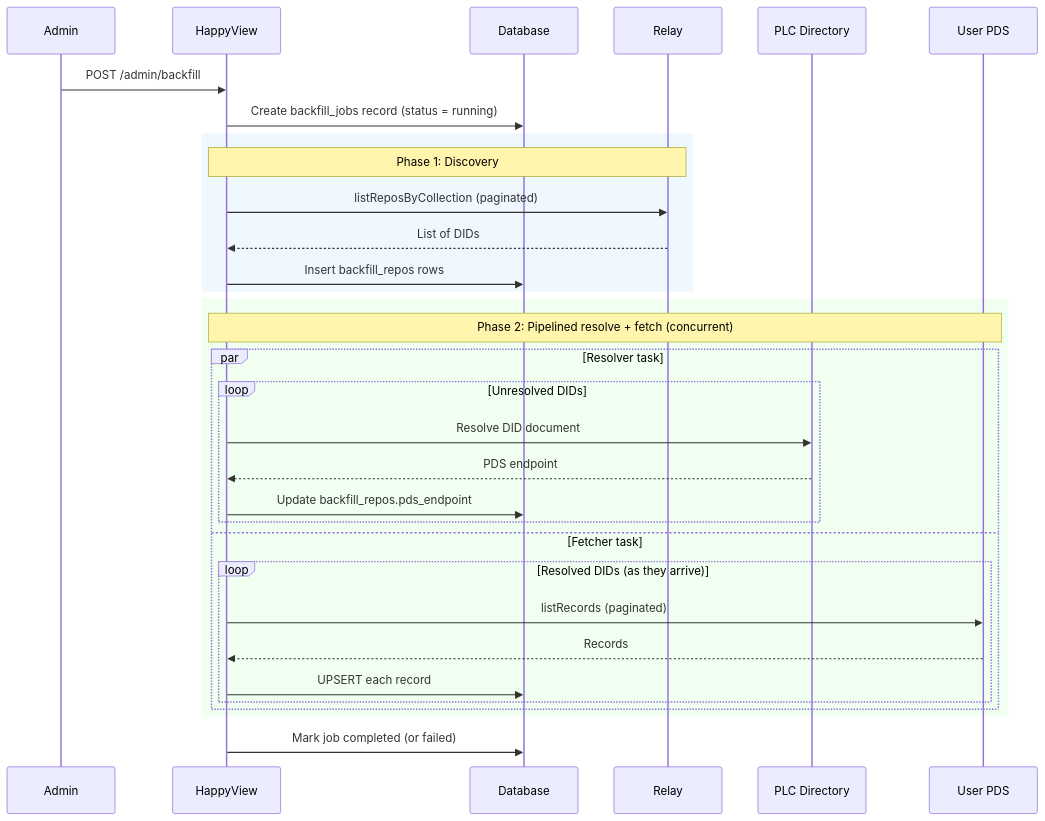
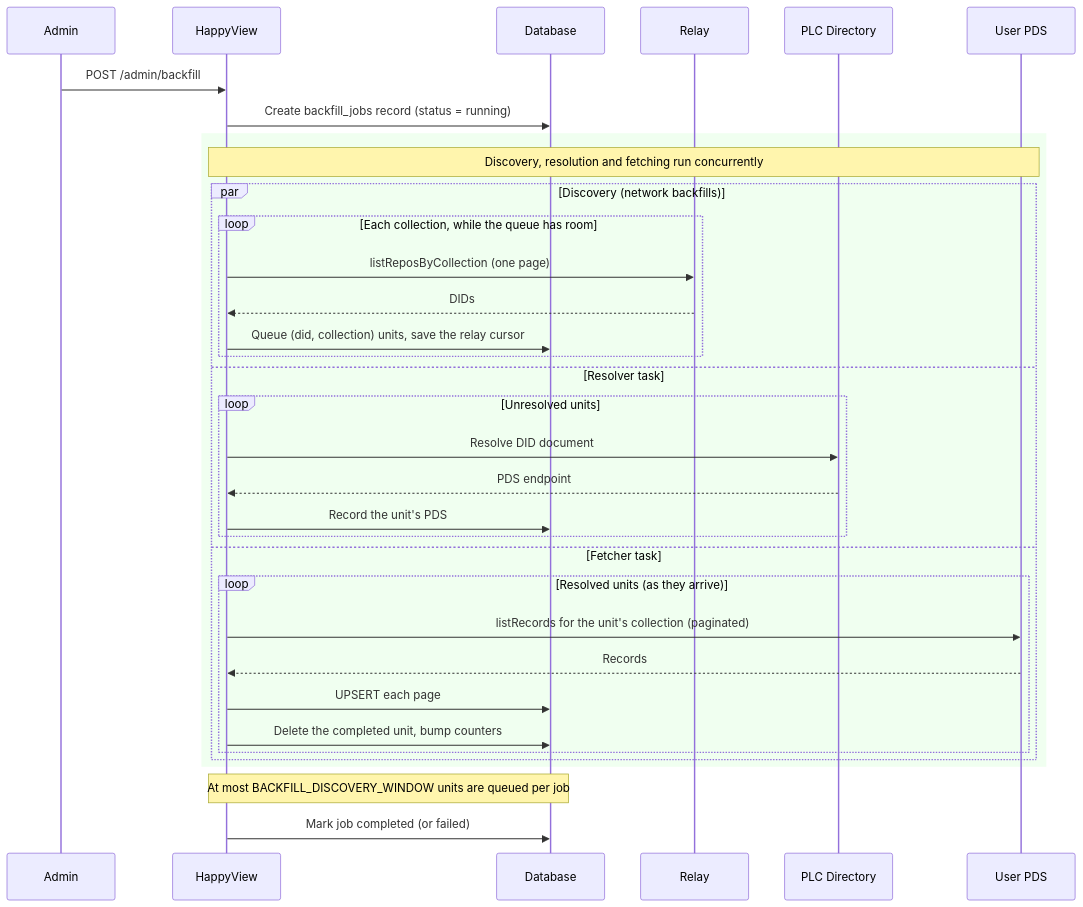
One commit to gamesgamesgamesgamesgames/happyview changed the sixth of 6 diagrams in packages/docs/content/docs/reference/architecture.md. Above: the diagram before and after it, drawn with Mermaid. The commit also changed 6 other files, not shown here.

Commit message:
feat: bound the backfill work queue

````diff
--- a/packages/docs/content/docs/reference/architecture.md
+++ b/packages/docs/content/docs/reference/architecture.md
@@ -148,38 +148,39 @@
 ```mermaid
 sequenceDiagram
     participant A as Admin
     participant H as HappyView
     participant D as Database
     participant Relay as Relay
     participant PLC as PLC Directory
     participant PDS as User PDS
 
     A->>H: POST /admin/backfill
     H->>D: Create backfill_jobs record (status = running)
 
-    rect rgb(240, 248, 255)
-    note over H,Relay: Phase 1: Discovery
-    H->>Relay: listReposByCollection (paginated)
-    Relay-->>H: List of DIDs
-    H->>D: Insert backfill_repos rows
-    end
-
     rect rgb(240, 255, 240)
-    note over H,PDS: Phase 2: Pipelined resolve + fetch (concurrent)
-    par Resolver task
-        loop Unresolved DIDs
+    note over H,PDS: Discovery, resolution and fetching run concurrently
+    par Discovery (network backfills)
+        loop Each collection, while the queue has room
+            H->>Relay: listReposByCollection (one page)
+            Relay-->>H: DIDs
+            H->>D: Queue (did, collection) units, save the relay cursor
+        end
+    and Resolver task
+        loop Unresolved units
             H->>PLC: Resolve DID document
             PLC-->>H: PDS endpoint
-            H->>D: Update backfill_repos.pds_endpoint
+            H->>D: Record the unit's PDS
         end
     and Fetcher task
-        loop Resolved DIDs (as they arrive)
-            H->>PDS: listRecords (paginated)
+        loop Resolved units (as they arrive)
+            H->>PDS: listRecords for the unit's collection (paginated)
             PDS-->>H: Records
-            H->>D: UPSERT each record
+            H->>D: UPSERT each page
+            H->>D: Delete the completed unit, bump counters
         end
     end
     end
+    Note over H,D: At most BACKFILL_DISCOVERY_WINDOW units are queued per job
 
     H->>D: Mark job completed (or failed)
 ```
````
